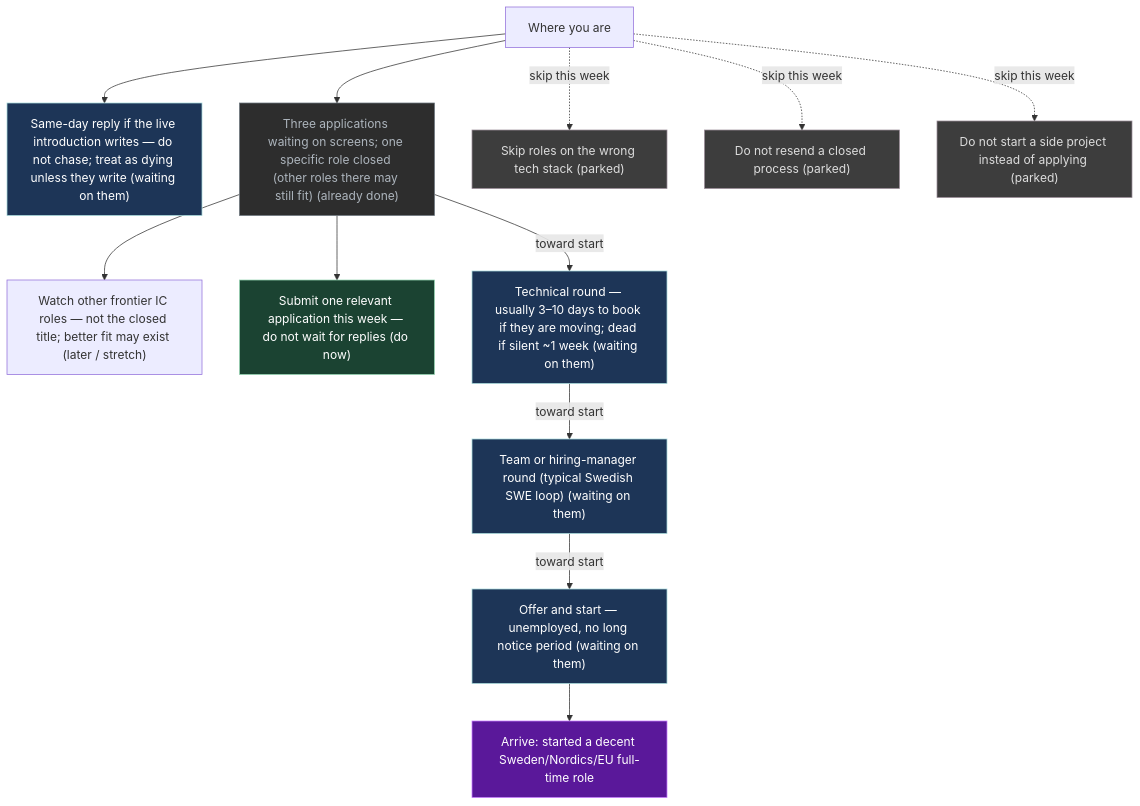
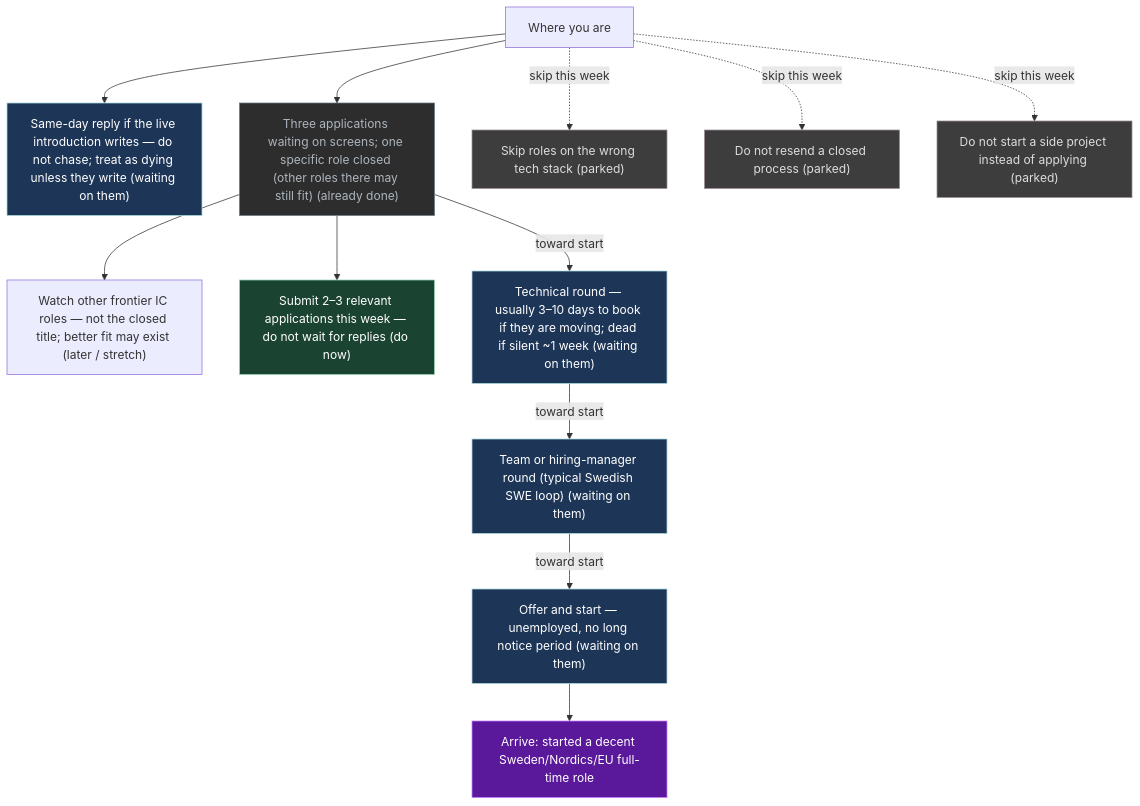
Before and after one commit to p10ns11y/life-os: the diagram in UI/Mission.md, drawn with Mermaid. The commit also changed other lines of this file and 8 other files, not shown here.

````diff
--- a/UI/Mission.md
+++ b/UI/Mission.md
@@ -67,36 +67,36 @@
 ```mermaid
 flowchart TB
   x["Where you are"]
   G["Arrive: started a decent Sweden/Nordics/EU full-time role"]
   S0["Same-day reply if the live introduction writes — do not chase; treat as dying unless they write (waiting on them)"]
   S1["Three applications waiting on screens; one specific role closed (other roles there may still fit) (already done)"]
   S2["Watch other frontier IC roles — not the closed title; better fit may exist (later / stretch)"]
-  S3["Submit one relevant application this week — do not wait for replies (do now)"]
+  S3["Submit 2–3 relevant applications this week — do not wait for replies (do now)"]
   S4["Technical round — usually 3–10 days to book if they are moving; dead if silent ~1 week (waiting on them)"]
   S4b["Team or hiring-manager round (typical Swedish SWE loop) (waiting on them)"]
   S5["Offer and start — unemployed, no long notice period (waiting on them)"]
   P1["Skip roles on the wrong tech stack (parked)"]
   P2["Do not resend a closed process (parked)"]
   P3["Do not start a side project instead of applying (parked)"]
   x --> S0
   x --> S1
   S1 --> S2
   S1 --> S3
   S1 -->|"toward start"| S4
   S4 -->|"toward start"| S4b
   S4b -->|"toward start"| S5
   x -.->|"skip this week"| P1
   x -.->|"skip this week"| P2
   x -.->|"skip this week"| P3
   S5 --> G
   classDef do fill:#1b4332,stroke:#95d5b2,color:#fff
   classDef wait fill:#1d3557,stroke:#a8dadc,color:#fff
   classDef park fill:#3d3d3d,stroke:#9a8c98,color:#ddd
   classDef done fill:#2d2d2d,stroke:#6c757d,color:#adb5bd
   classDef goal fill:#5a189a,stroke:#c77dff,color:#fff
   class G goal
   class S3 do
   class S0,S4,S4b,S5 wait
   class P1,P2,P3 park
   class S1 done
 ```
````
